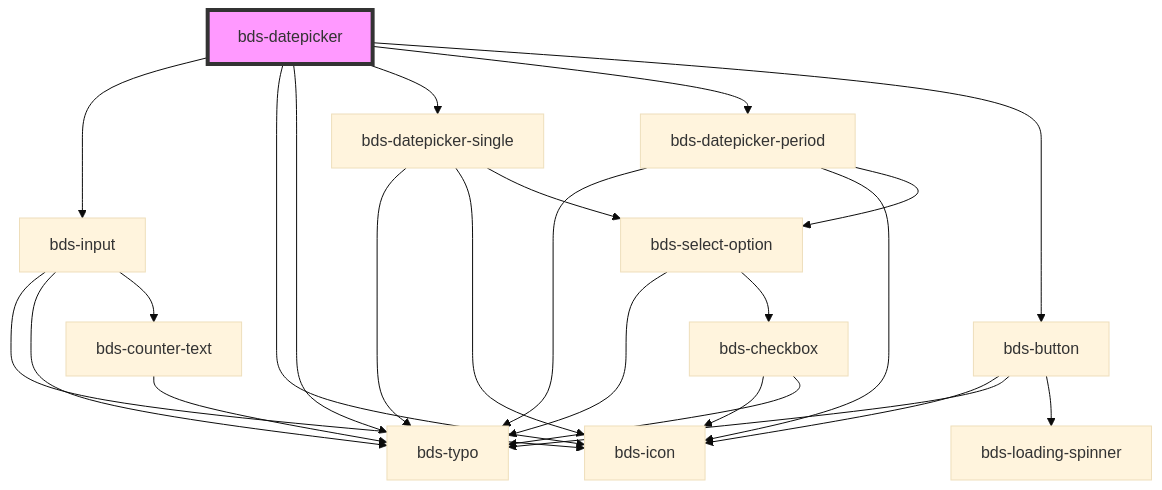
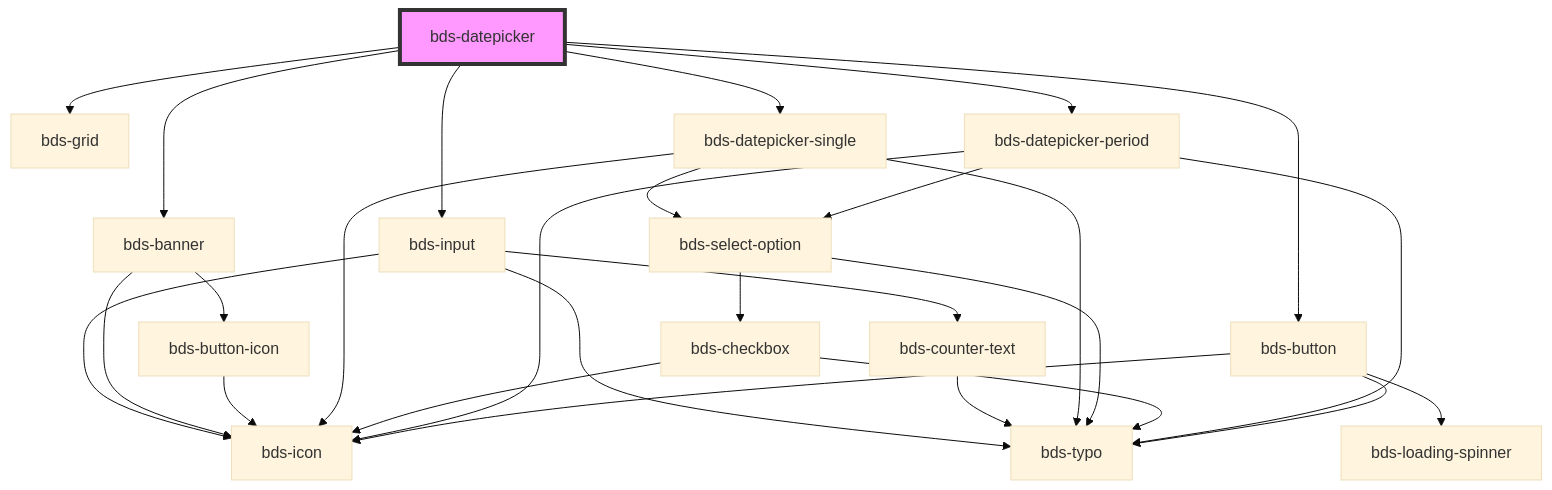
Before and after one commit to takenet/blip-ds: the diagram in src/components/datepicker/readme.md, drawn with Mermaid (base theme). The commit also changed other lines of this file and 7 other files, not shown here.

Commit message:
fix(datepicker): fixed the banner structure inside datepicker

````diff
--- a/src/components/datepicker/readme.md
+++ b/src/components/datepicker/readme.md
@@ -52,27 +53,30 @@
 ```mermaid
 graph TD;
   bds-datepicker --> bds-input
-  bds-datepicker --> bds-icon
-  bds-datepicker --> bds-typo
+  bds-datepicker --> bds-grid
+  bds-datepicker --> bds-banner
   bds-datepicker --> bds-datepicker-single
   bds-datepicker --> bds-datepicker-period
   bds-datepicker --> bds-button
   bds-input --> bds-icon
   bds-input --> bds-typo
   bds-input --> bds-counter-text
   bds-counter-text --> bds-typo
+  bds-banner --> bds-icon
+  bds-banner --> bds-button-icon
+  bds-button-icon --> bds-icon
   bds-datepicker-single --> bds-typo
   bds-datepicker-single --> bds-icon
   bds-datepicker-single --> bds-select-option
   bds-select-option --> bds-typo
   bds-select-option --> bds-checkbox
   bds-checkbox --> bds-icon
   bds-checkbox --> bds-typo
   bds-datepicker-period --> bds-typo
   bds-datepicker-period --> bds-icon
   bds-datepicker-period --> bds-select-option
   bds-button --> bds-icon
   bds-button --> bds-typo
   bds-button --> bds-loading-spinner
   style bds-datepicker fill:#f9f,stroke:#333,stroke-width:4px
 ```
````
